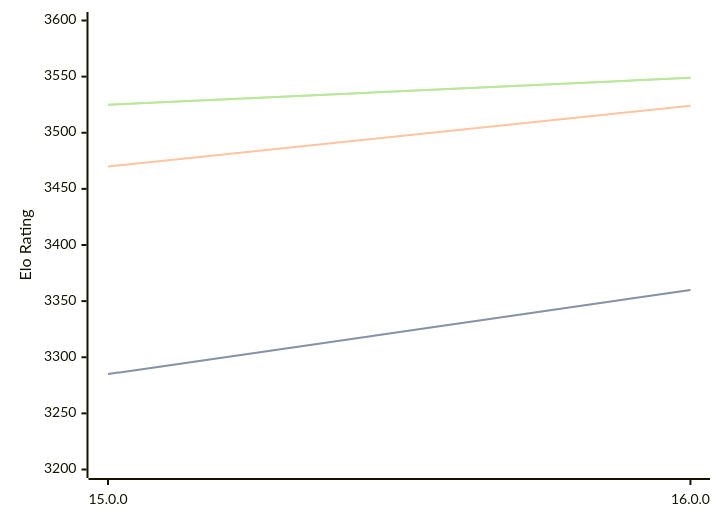
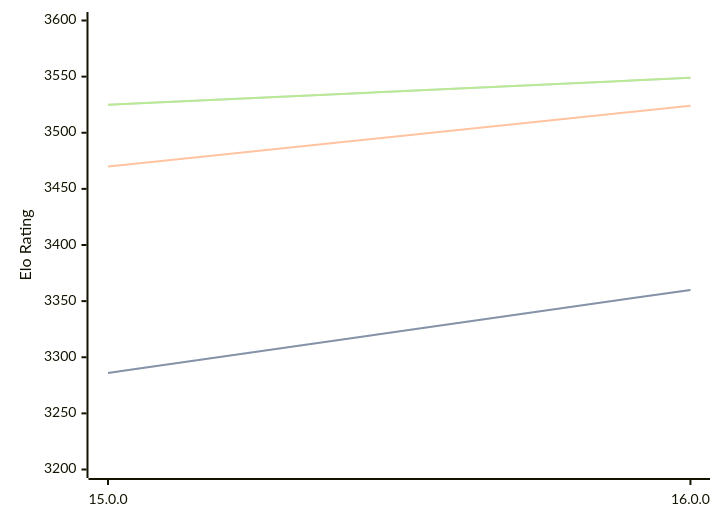
One commit to computer-chess-index/cci changed the diagram in engines/Halogen.md. Above: the diagram before and after it, drawn with Mermaid. The commit also changed other lines of this file, not shown here.

````diff
--- a/engines/Halogen.md
+++ b/engines/Halogen.md
@@ -32,11 +32,11 @@
 ```mermaid
 %%{init: {"theme":"base","themeVariables":{"seriesColors:['#a3a3a3','#222221','#faa371']}}}%%
 xychart-beta
   x-axis ["15.0.0", "16.0.0"]
   y-axis "Elo Rating" 3200 --> 3600
-  line "STC (8.0+0.08s)" [3285, 3360]
-  line "STC (8.0+0.08s)" [3285, 3360]
+  line "STC (8.0+0.08s)" [3286, 3360]
+  line "STC (8.0+0.08s)" [3286, 3360]
   line "LTC (60.0+0.60s)" [3470, 3524]
   line "VLTC (2m24s+1.12s)" [3525, 3549]
   line "VLTC (2m24s+1.12s)" [3525, 3549]
 ```
````
